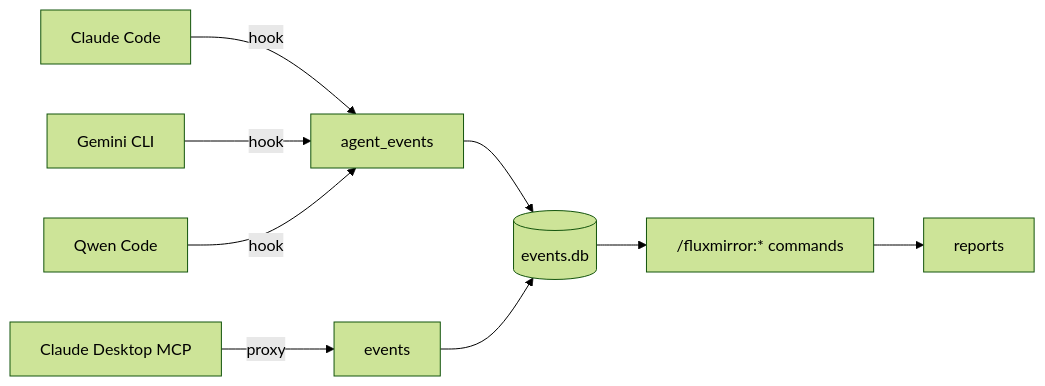
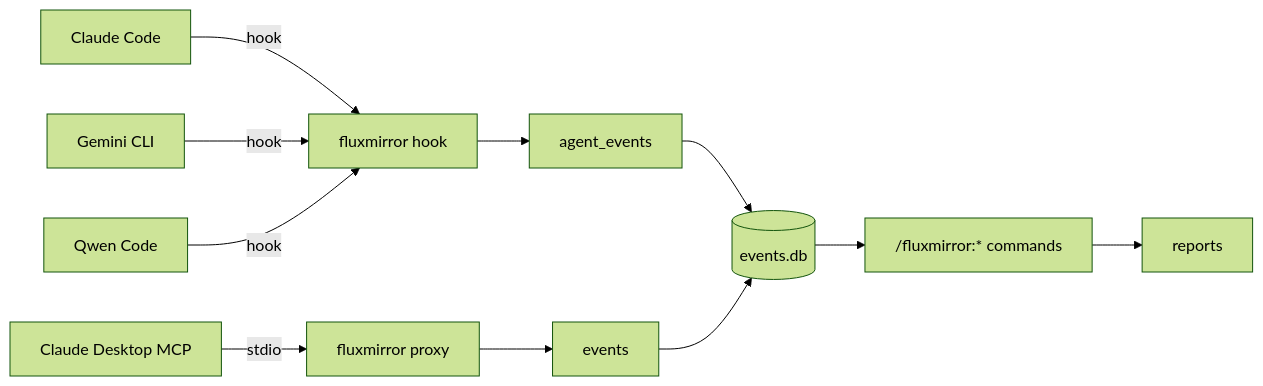
Before and after one commit to OpenFluxGate/fluxmirror: the diagram in README.md, drawn with Mermaid (forest theme). The commit also changed other lines of this file and 8 other files, not shown here.

````diff
--- a/README.md
+++ b/README.md
@@ -28,11 +32,13 @@
 ```mermaid
 graph LR
-    CC[Claude Code] -->|hook| AE[agent_events]
-    GC[Gemini CLI] -->|hook| AE
-    QC[Qwen Code] -->|hook| AE
-    CD[Claude Desktop MCP] -->|proxy| EV[events]
+    CC[Claude Code] -->|hook| FB[fluxmirror hook]
+    GC[Gemini CLI] -->|hook| FB
+    QC[Qwen Code] -->|hook| FB
+    CD[Claude Desktop MCP] -->|stdio| FP[fluxmirror proxy]
+    FB --> AE[agent_events]
+    FP --> EV[events]
     AE --> DB[(events.db)]
     EV --> DB
     DB --> CMD["/fluxmirror:* commands"]
     CMD --> OUT[reports]
 ```
````
